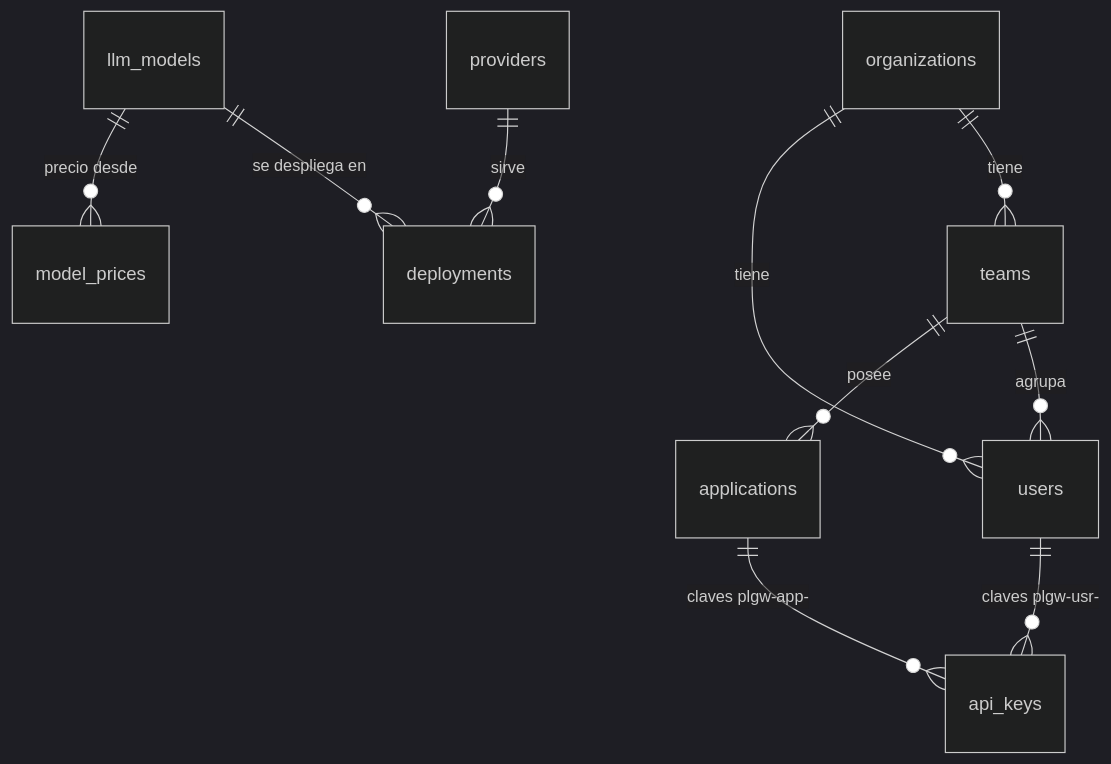
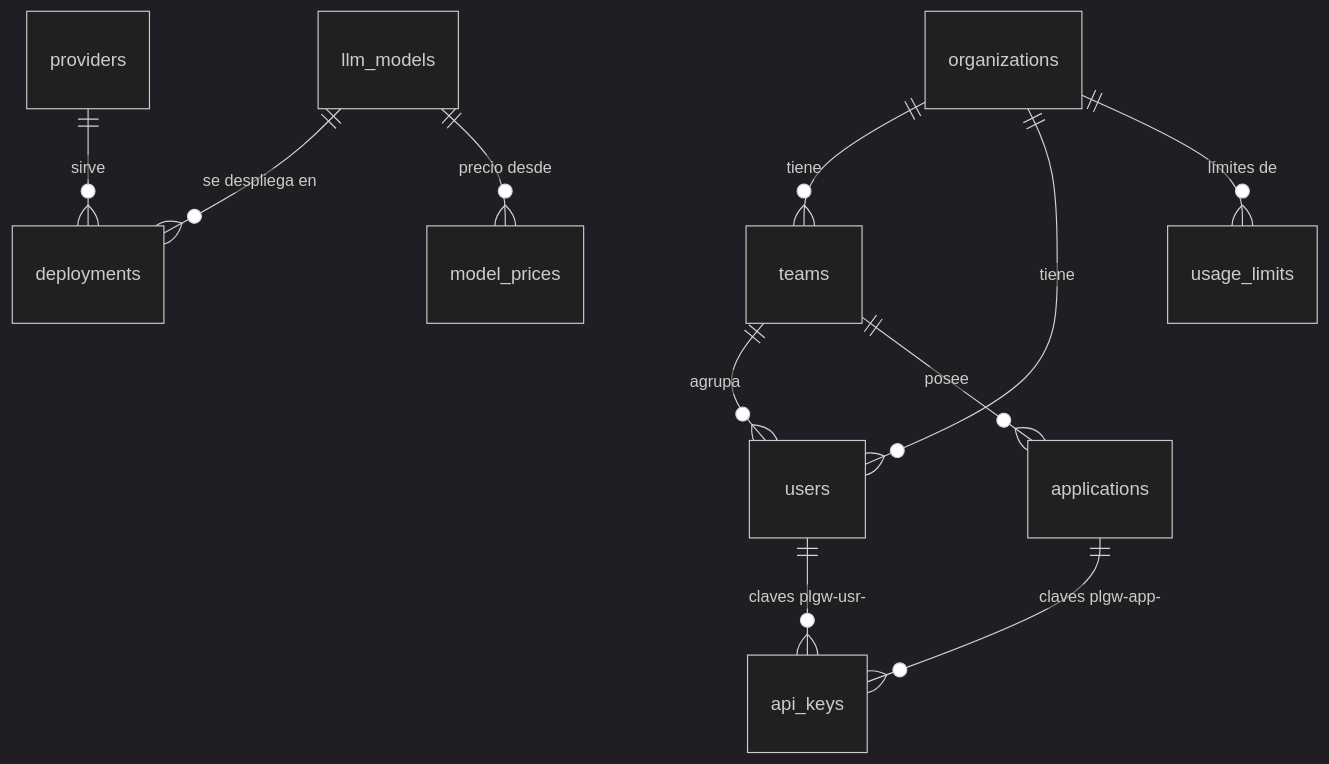
The third of 3 diagrams in docs/arquitectura.md (COTECNIA-ADM/platia-gateway), drawn with Mermaid (dark theme) before and after one commit. The commit also changed other lines of this file and 24 other files, not shown here.

````diff
--- a/docs/arquitectura.md
+++ b/docs/arquitectura.md
@@ -175,12 +185,13 @@
 ```mermaid
 erDiagram
     organizations ||--o{ teams : tiene
     organizations ||--o{ users : tiene
     teams ||--o{ users : agrupa
     teams ||--o{ applications : posee
     applications ||--o{ api_keys : "claves plgw-app-"
     users ||--o{ api_keys : "claves plgw-usr-"
     providers ||--o{ deployments : sirve
     llm_models ||--o{ deployments : "se despliega en"
     llm_models ||--o{ model_prices : "precio desde"
+    organizations ||--o{ usage_limits : "límites de"
 ```
````
